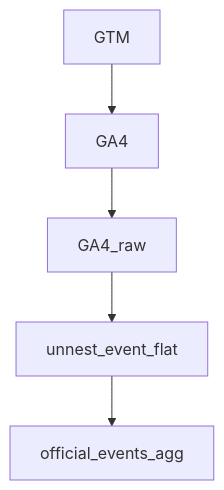
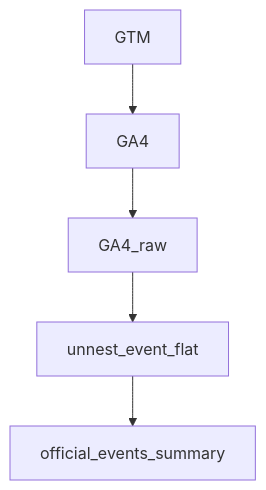
Before and after one commit to xia9796-cd/session-click-anchor-attribution-model: the diagram in README.md, drawn with Mermaid. The commit also changed other lines of this file, not shown here.

````diff
--- a/README.md
+++ b/README.md
@@ -122,7 +127,7 @@
 ```mermaid
 flowchart TD
     GTM --> GA4
     GA4 --> GA4_raw
     GA4_raw --> unnest_event_flat
-    unnest_event_flat --> official_events_agg
+    unnest_event_flat --> official_events_summary
 ```
````
